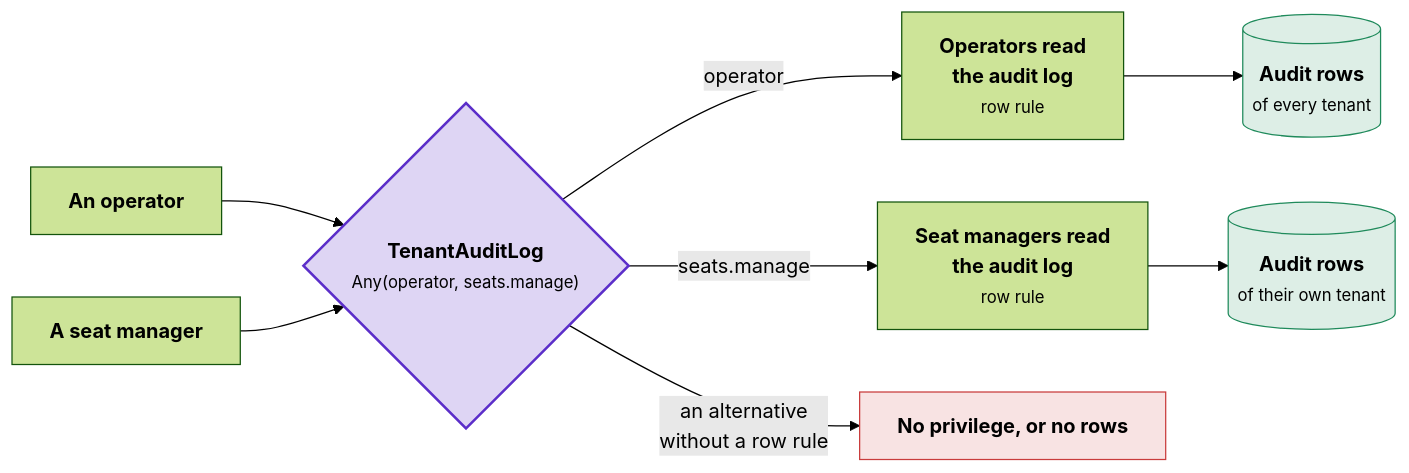
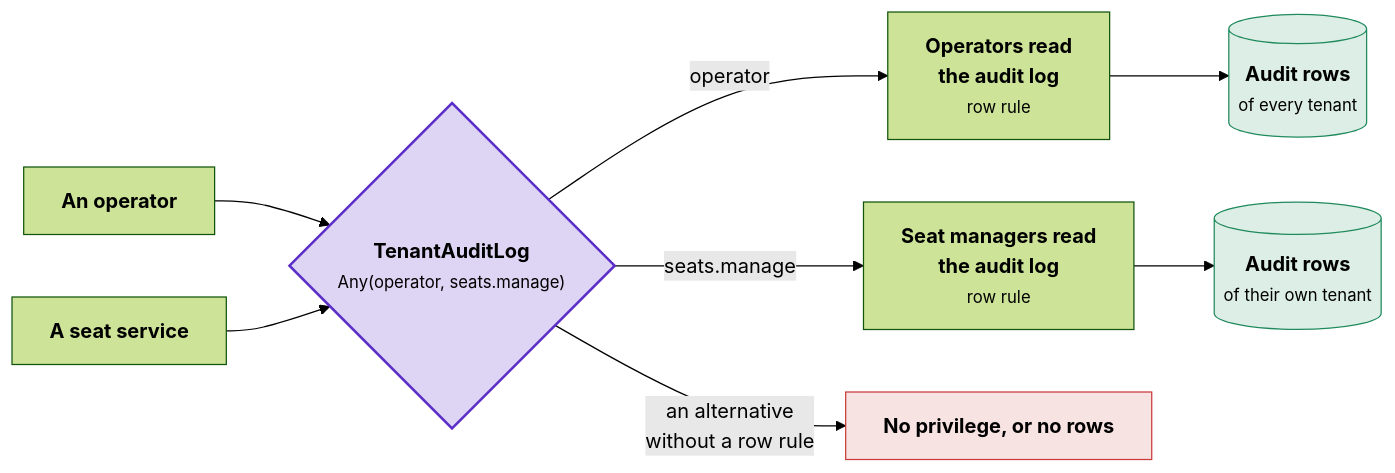
Before and after one commit to DylanSnel/DDDToolkit: the seventh of 10 diagrams in docs/access-requirements.md, drawn with Mermaid (forest theme). The commit also changed other lines of this file and 65 other files, not shown here.

````diff
--- a/docs/access-requirements.md
+++ b/docs/access-requirements.md
@@ -1127,16 +1127,16 @@
 ```mermaid
 flowchart LR
     Operator["<b>An operator</b>"] --> Check{"<b>TenantAuditLog</b><br/><small>Any(operator, seats.manage)</small>"}
-    Manager["<b>A seat manager</b>"] --> Check
+    Manager["<b>A seat service</b>"] --> Check
     Check -- "operator" --> OperatorRule["<b>Operators read<br/>the audit log</b><br/><small>row rule</small>"]
     Check -- "seats.manage" --> ManagerRule["<b>Seat managers read<br/>the audit log</b><br/><small>row rule</small>"]
     OperatorRule --> Rows[("<b>Audit rows</b><br/><small>of every tenant</small>")]
     ManagerRule --> Own[("<b>Audit rows</b><br/><small>of their own tenant</small>")]
     Check -- "an alternative<br/>without a row rule" --> None["<b>No privilege, or no rows</b>"]
     classDef strong fill:#5b2ec933,stroke:#5b2ec9,stroke-width:2px
     classDef good fill:#1f8a5b26,stroke:#1f8a5b
     classDef bad fill:#c93c3c24,stroke:#c93c3c
     class Check strong
     class Rows,Own good
     class None bad
 ```
````
